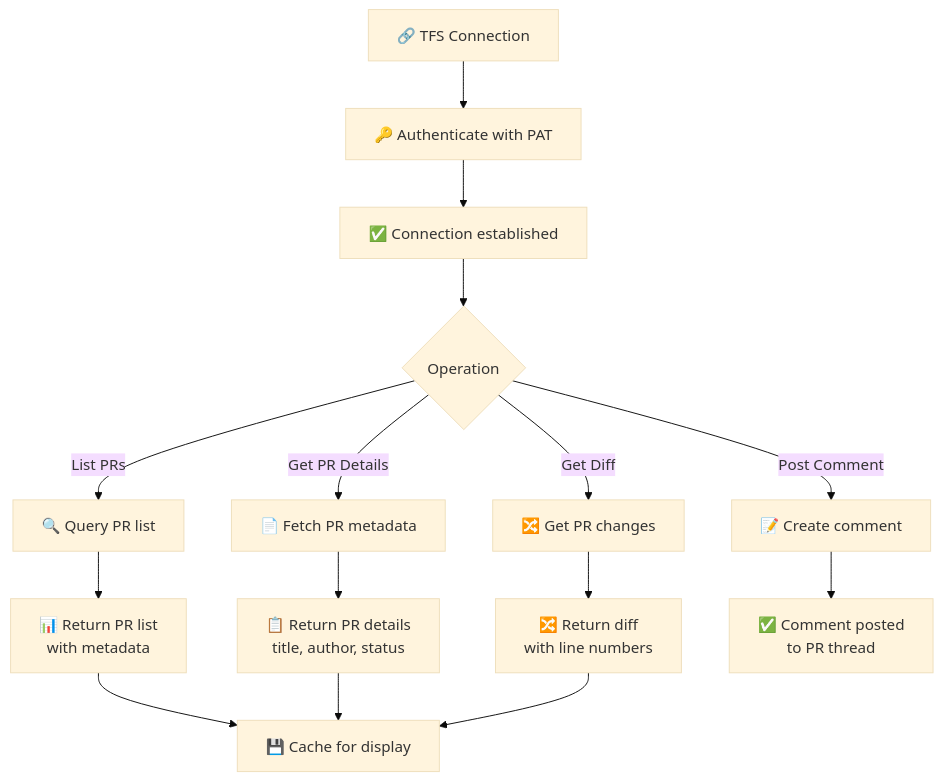
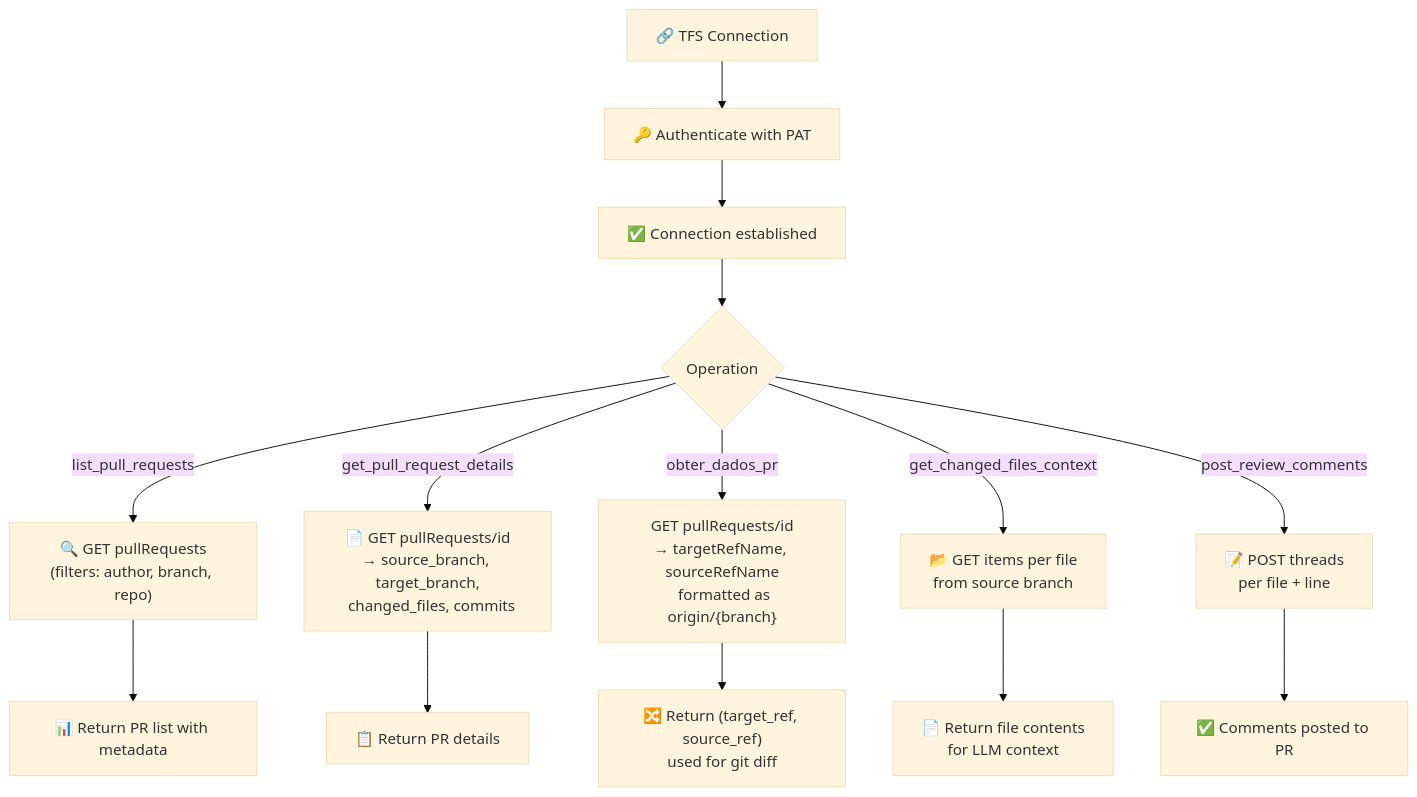
The second of 2 diagrams in docs/flow_diagrams.md (Ssereno/AI-Code-Review-CLI), drawn with Mermaid (base theme) before and after one commit. The commit also changed other lines of this file and 40 other files, not shown here.

````diff
--- a/docs/flow_diagrams.md
+++ b/docs/flow_diagrams.md
@@ -52,20 +65,18 @@
 ```mermaid
 flowchart TD
   A["🔗 TFS Connection"] --> B["🔑 Authenticate with PAT"]
   B --> C["✅ Connection established"]
   C --> D{Operation}
-  
-  D -->|List PRs| E["🔍 Query PR list"]
-  D -->|Get PR Details| F["📄 Fetch PR metadata"]
-  D -->|Get Diff| G["🔀 Get PR changes"]
-  D -->|Post Comment| H["📝 Create comment"]
-  
-  E --> I["📊 Return PR list<br/>with metadata"]
-  F --> J["📋 Return PR details<br/>title, author, status"]
-  G --> K["🔀 Return diff<br/>with line numbers"]
-  H --> L["✅ Comment posted<br/>to PR thread"]
-  
-  I --> M["💾 Cache for display"]
-  J --> M
-  K --> M
+
+  D -->|list_pull_requests| E["🔍 GET pullRequests\n(filters: author, branch, repo)"]
+  D -->|get_pull_request_details| F["📄 GET pullRequests/id\n→ source_branch, target_branch,\n  changed_files, commits"]
+  D -->|obter_dados_pr| G["GET pullRequests/id\n→ targetRefName, sourceRefName\n  formatted as origin/{branch}"]
+  D -->|get_changed_files_context| H["📂 GET items per file\nfrom source branch"]
+  D -->|post_review_comments| I["📝 POST threads\nper file + line"]
+
+  E --> J["📊 Return PR list with metadata"]
+  F --> K["📋 Return PR details"]
+  G --> L["🔀 Return (target_ref, source_ref)\nused for git diff"]
+  H --> M["📄 Return file contents\nfor LLM context"]
+  I --> N["✅ Comments posted to PR"]
 ```
````
